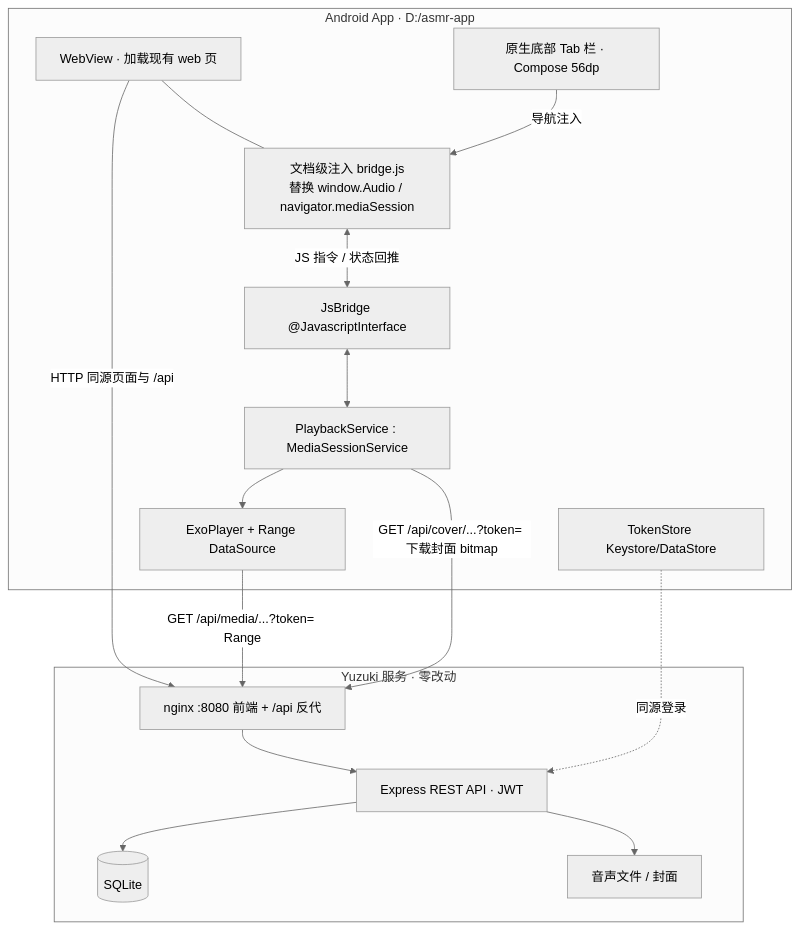
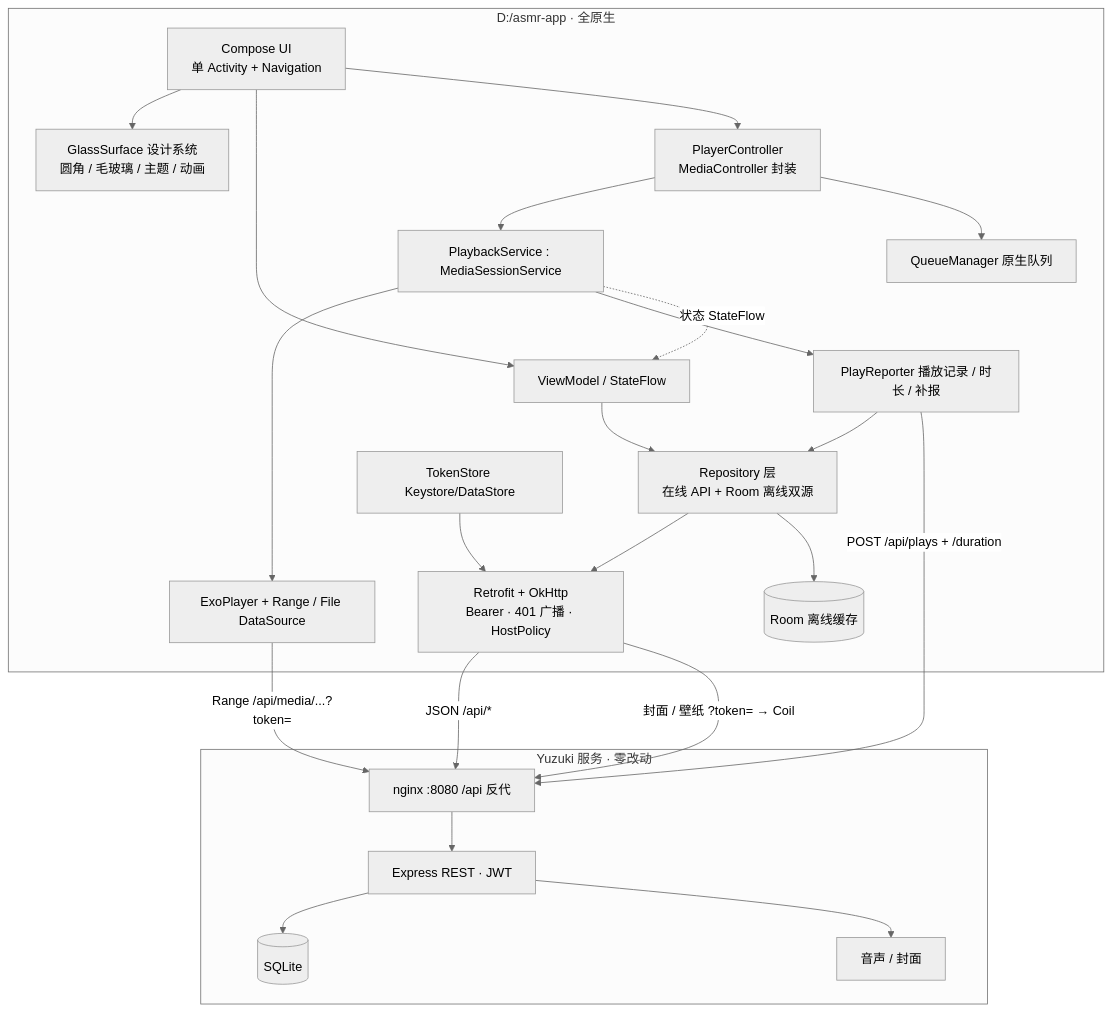
The diagram in 方案.md (supercellexcn/yuzuki-app), drawn with Mermaid (neutral theme) before and after one commit. The commit also changed other lines of this file and 48 other files, not shown here.

First line of the commit message:
feat: 全原生 Compose 前端替换 WebView 壳（N0-N7）

````diff
--- a/方案.md
+++ b/方案.md
@@ -62,29 +134,37 @@
 ```mermaid
 flowchart TB
-    subgraph APP[Android App · D:/asmr-app]
-        TAB[原生底部 Tab 栏 · Compose 56dp]
-        WV[WebView · 加载现有 web 页]
-        INJ[文档级注入 bridge.js<br/>替换 window.Audio / navigator.mediaSession]
-        BR[JsBridge @JavascriptInterface]
+    subgraph APP[D:/asmr-app · 全原生]
+        UI[Compose UI<br/>单 Activity + Navigation]
+        GLASS[GlassSurface 设计系统<br/>圆角 / 毛玻璃 / 主题 / 动画]
+        VM[ViewModel / StateFlow]
+        REPO[Repository 层<br/>在线 API + Room 离线双源]
+        API[Retrofit + OkHttp<br/>Bearer · 401 广播 · HostPolicy]
+        CTL[PlayerController<br/>MediaController 封装]
         SVC[PlaybackService : MediaSessionService]
-        EXO[ExoPlayer + Range DataSource]
+        EXO[ExoPlayer + Range / File DataSource]
+        QUEUE[QueueManager 原生队列]
+        RPT[PlayReporter 播放记录 / 时长 / 补报]
         ST[TokenStore Keystore/DataStore]
-        WV --- INJ
-        INJ <-->|JS 指令 / 状态回推| BR
-        BR <--> SVC
-        SVC --> EXO
-        TAB -->|导航注入| INJ
+        ROOM[(Room 离线缓存)]
+        UI --> GLASS
+        UI --> VM --> REPO --> API
+        REPO --> ROOM
+        UI --> CTL --> SVC --> EXO
+        CTL --> QUEUE
+        SVC --> RPT --> REPO
+        ST --> API
+        SVC -.状态 StateFlow.-> VM
     end
     subgraph SRV[Yuzuki 服务 · 零改动]
-        NGINX[nginx :8080 前端 + /api 反代]
-        API[Express REST API · JWT]
+        NGINX[nginx :8080 /api 反代]
+        EXPRESS[Express REST · JWT]
         DB[(SQLite)]
-        FILES[音声文件 / 封面]
-        NGINX --> API --> DB
-        API --> FILES
+        FILES[音声 / 封面]
+        NGINX --> EXPRESS --> DB
+        EXPRESS --> FILES
     end
-    WV -->|HTTP 同源页面与 /api| NGINX
-    EXO -->|GET /api/media/...?token= Range| NGINX
-    SVC -->|GET /api/cover/...?token= 下载封面 bitmap| NGINX
-    ST -.->|同源登录| API
+    API -->|JSON /api/*| NGINX
+    EXO -->|Range /api/media/...?token=| NGINX
+    API -->|封面 / 壁纸 ?token= → Coil| NGINX
+    RPT -->|POST /api/plays + /duration| NGINX
 ```
````
